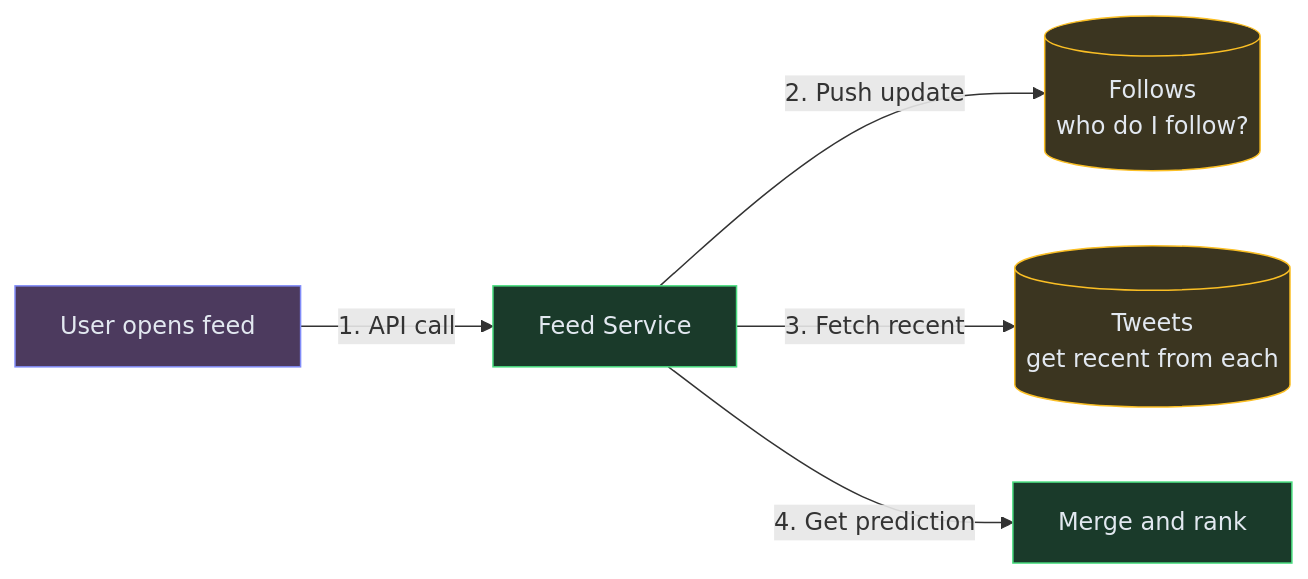
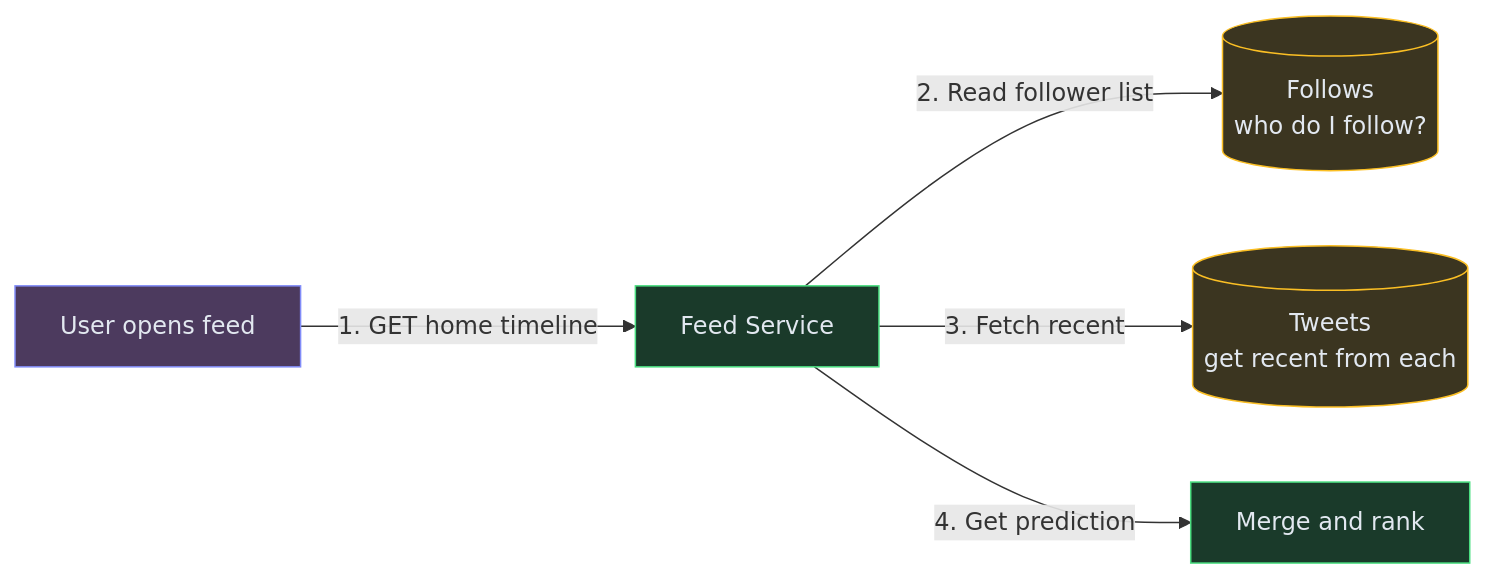
The fourth of 12 diagrams in content/hld/TwitterFeed.md (iluzn/HLD-Designs), drawn with Mermaid before and after one commit. The commit also changed other lines of this file and 27 other files, not shown here.

````diff
--- a/content/hld/TwitterFeed.md
+++ b/content/hld/TwitterFeed.md
@@ -152,17 +152,17 @@
 ```mermaid
 flowchart LR
     USER["User opens feed"]:::client
     FEED["Feed Service"]:::service
     FOLLOW[("Follows<br/>who do I follow?")]:::data
     TWEETS[("Tweets<br/>get recent from each")]:::data
     MERGE["Merge and rank"]:::service
 
-    USER -->|"1. API call"| FEED
-    FEED -->|"2. Push update"| FOLLOW
+    USER -->|"1. GET home timeline"| FEED
+    FEED -->|"2. Read follower list"| FOLLOW
     FEED -->|"3. Fetch recent"| TWEETS
     FEED -->|"4. Get prediction"| MERGE
 
     classDef client fill:#4c3a5e,stroke:#818cf8,color:#e2e8f0
     classDef service fill:#1a3a2a,stroke:#4ade80,color:#e2e8f0
     classDef data fill:#3b3520,stroke:#fbbf24,color:#e2e8f0
 ```
````
